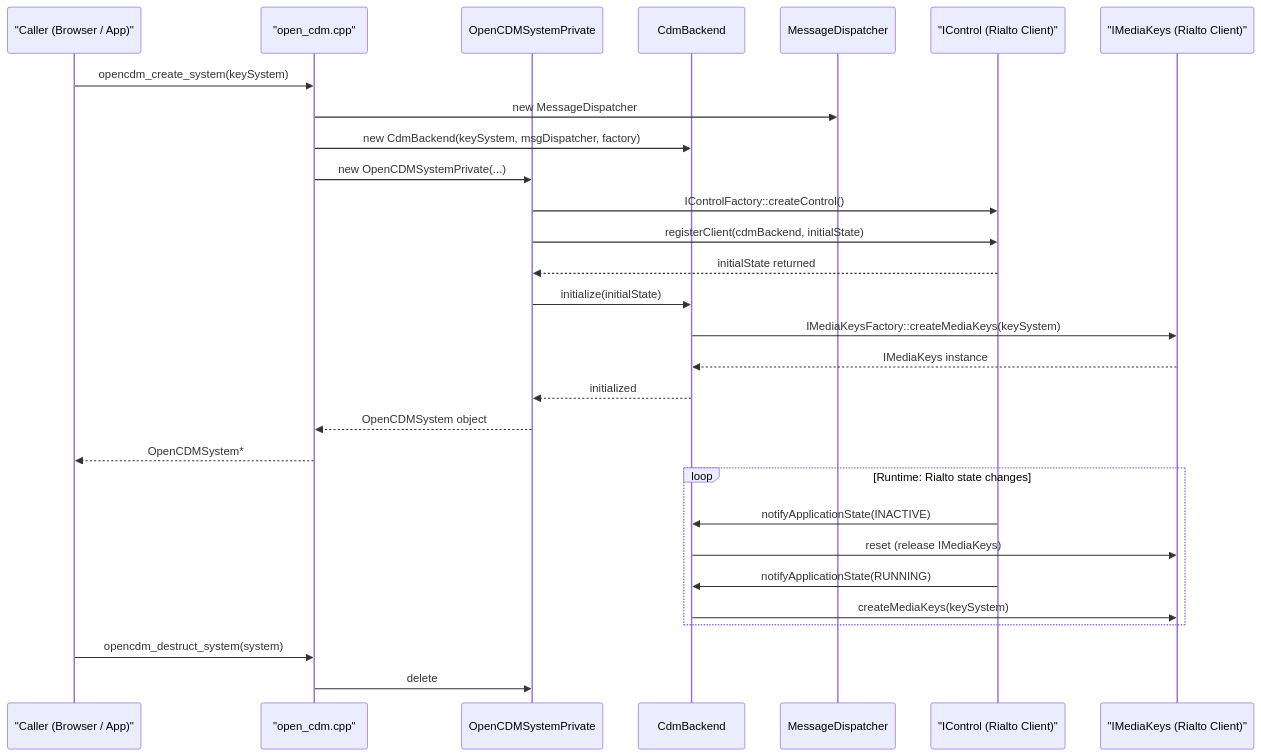
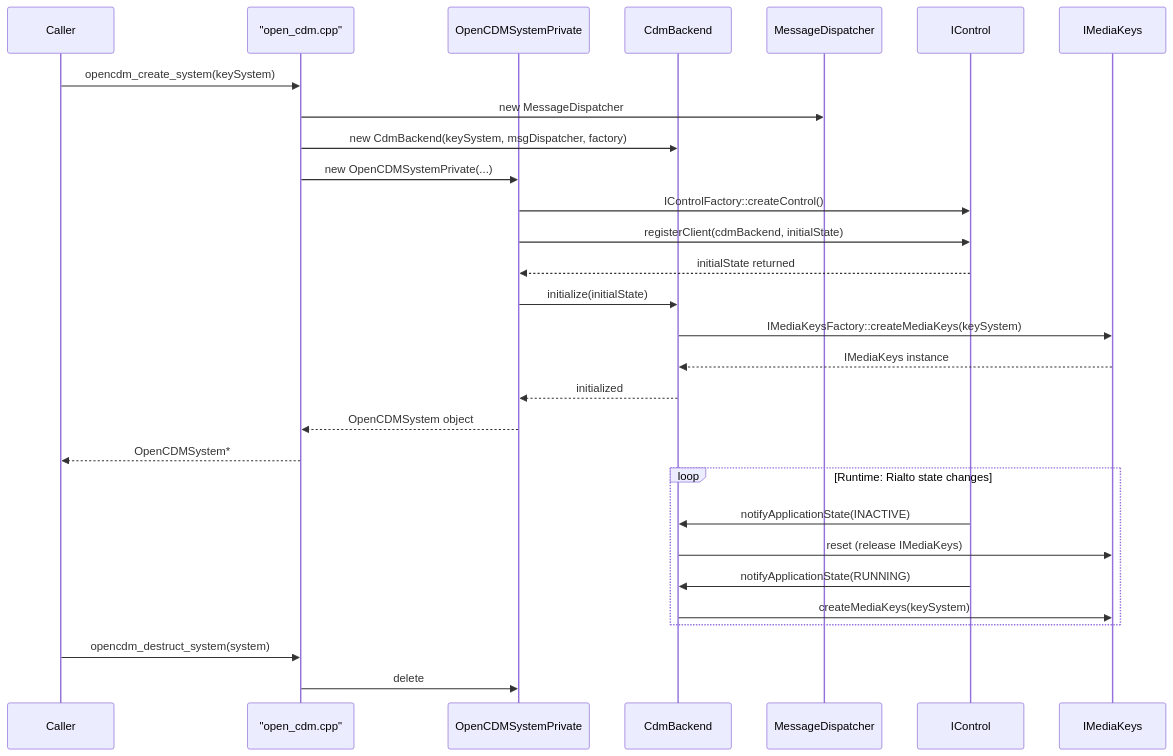
The third of 7 diagrams in docs/docu/RDKV-Documentations/rialto-ocdm.md (rns21/RDK_Documentation), drawn with Mermaid before and after one commit. The commit also changed other lines of this file, not shown here.

````diff
--- a/docs/docu/RDKV-Documentations/rialto-ocdm.md
+++ b/docs/docu/RDKV-Documentations/rialto-ocdm.md
@@ -166,34 +166,34 @@
 ```mermaid
 sequenceDiagram
-    participant Caller as "Caller (Browser / App)"
+    participant Caller as Caller
     participant OpenCDM as "open_cdm.cpp"
     participant SysPriv as OpenCDMSystemPrivate
     participant CdmB as CdmBackend
     participant MsgD as MessageDispatcher
-    participant ICtrl as "IControl (Rialto Client)"
-    participant IMK as "IMediaKeys (Rialto Client)"
+    participant ICtrl as IControl
+    participant IMK as IMediaKeys
 
     Caller->>OpenCDM: opencdm_create_system(keySystem)
     OpenCDM->>MsgD: new MessageDispatcher
     OpenCDM->>CdmB: new CdmBackend(keySystem, msgDispatcher, factory)
     OpenCDM->>SysPriv: new OpenCDMSystemPrivate(...)
     SysPriv->>ICtrl: IControlFactory::createControl()
     SysPriv->>ICtrl: registerClient(cdmBackend, initialState)
     ICtrl-->>SysPriv: initialState returned
     SysPriv->>CdmB: initialize(initialState)
     CdmB->>IMK: IMediaKeysFactory::createMediaKeys(keySystem)
     IMK-->>CdmB: IMediaKeys instance
     CdmB-->>SysPriv: initialized
     SysPriv-->>OpenCDM: OpenCDMSystem object
     OpenCDM-->>Caller: OpenCDMSystem*
 
     loop Runtime: Rialto state changes
         ICtrl->>CdmB: notifyApplicationState(INACTIVE)
         CdmB->>IMK: reset (release IMediaKeys)
         ICtrl->>CdmB: notifyApplicationState(RUNNING)
         CdmB->>IMK: createMediaKeys(keySystem)
     end
 
     Caller->>OpenCDM: opencdm_destruct_system(system)
     OpenCDM->>SysPriv: delete
 ```
````
